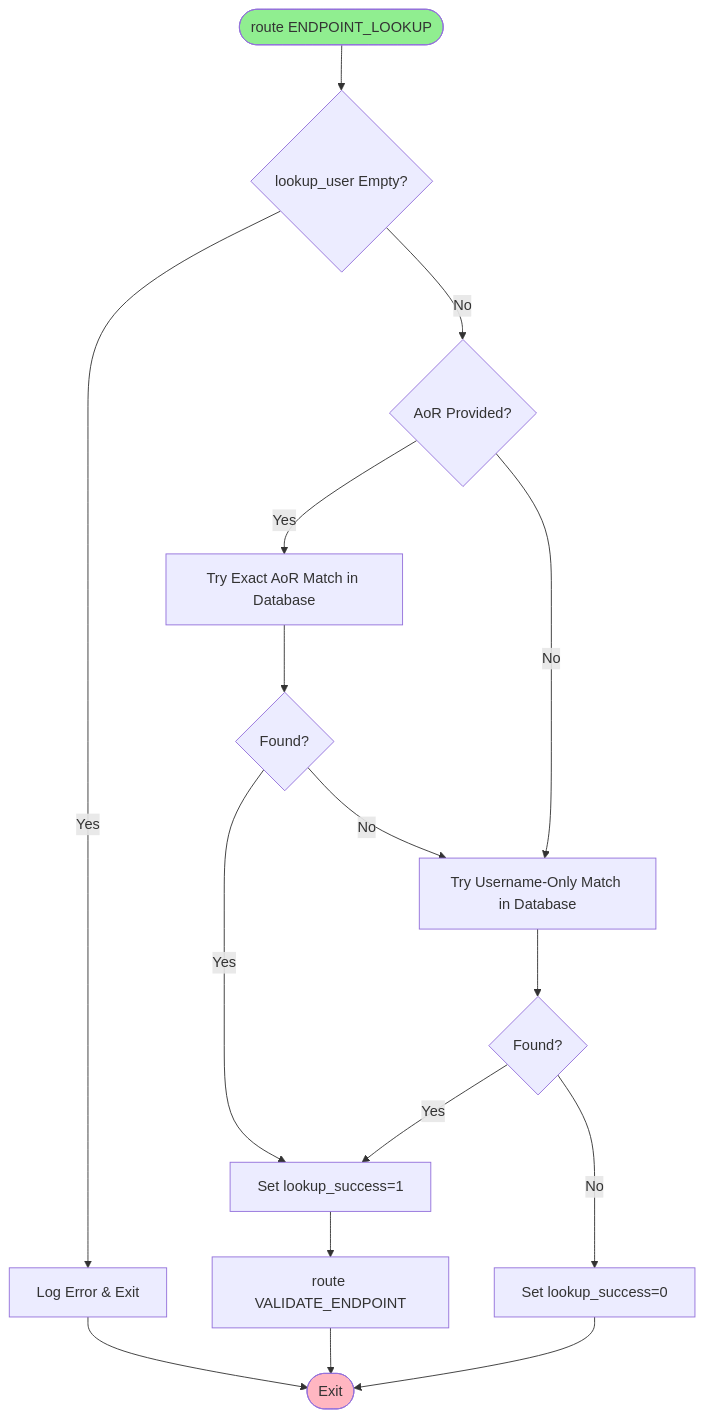
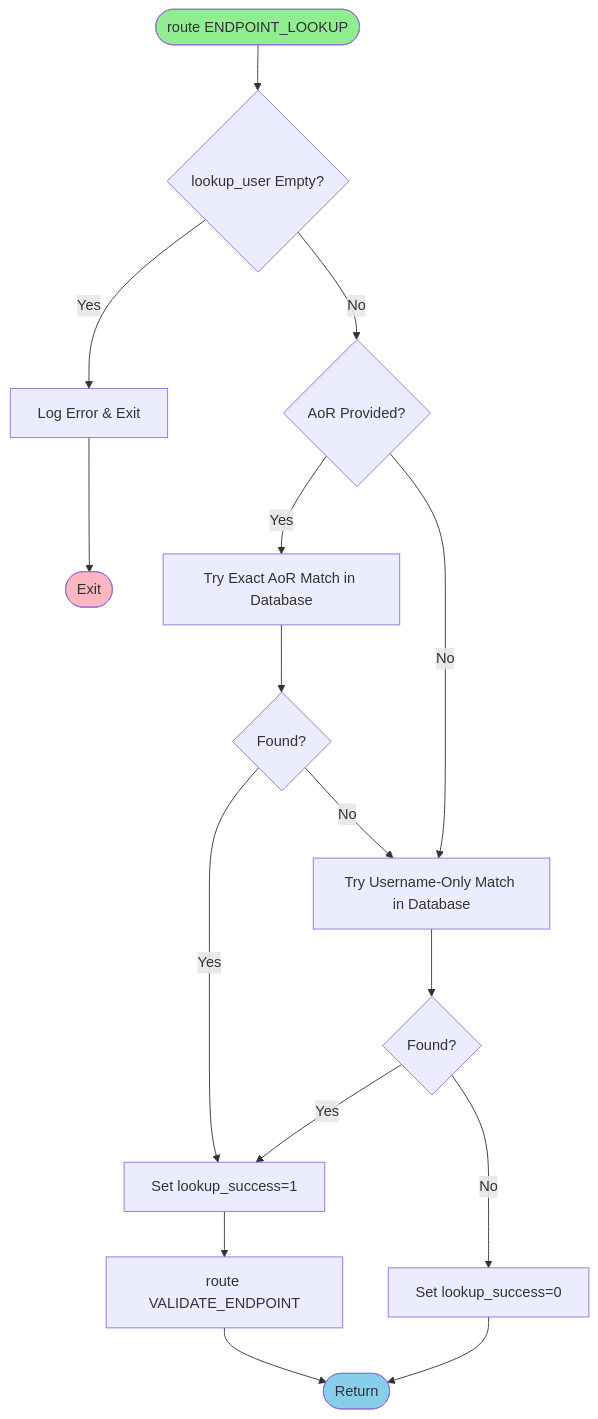
One commit to aelintra/pbx3sbc changed the second of 13 diagrams in docs/OPENSIPS-LOGIC-DIAGRAM.md. Above: the diagram before and after it, drawn with Mermaid. The commit also changed other lines of this file, not shown here.

First line of the commit message:
Update OPENSIPS-LOGIC-DIAGRAM to match current configuration

````diff
--- a/docs/OPENSIPS-LOGIC-DIAGRAM.md
+++ b/docs/OPENSIPS-LOGIC-DIAGRAM.md
@@ -96,21 +96,22 @@
 ```mermaid
 flowchart TD
     Start([route ENDPOINT_LOOKUP]) --> ValidateInput{lookup_user Empty?}
     ValidateInput -->|Yes| LogError[Log Error & Exit]
     ValidateInput -->|No| CheckAoR{AoR Provided?}
     CheckAoR -->|Yes| TryExactMatch[Try Exact AoR Match in Database]
     CheckAoR -->|No| TryUsernameMatch[Try Username-Only Match in Database]
     TryExactMatch --> FoundExact{Found?}
     FoundExact -->|Yes| SetSuccess[Set lookup_success=1]
     FoundExact -->|No| TryUsernameMatch
     TryUsernameMatch --> FoundUsername{Found?}
     FoundUsername -->|Yes| SetSuccess
     FoundUsername -->|No| SetFailure[Set lookup_success=0]
     SetSuccess --> ValidateEndpoint[route VALIDATE_ENDPOINT]
-    ValidateEndpoint --> End([Exit])
-    SetFailure --> End
-    LogError --> End
+    ValidateEndpoint --> Return1([Return])
+    SetFailure --> Return1
+    LogError --> Exit1([Exit])
     
     style Start fill:#90EE90
-    style End fill:#FFB6C1
+    style Return1 fill:#87CEEB
+    style Exit1 fill:#FFB6C1
 ```
````
